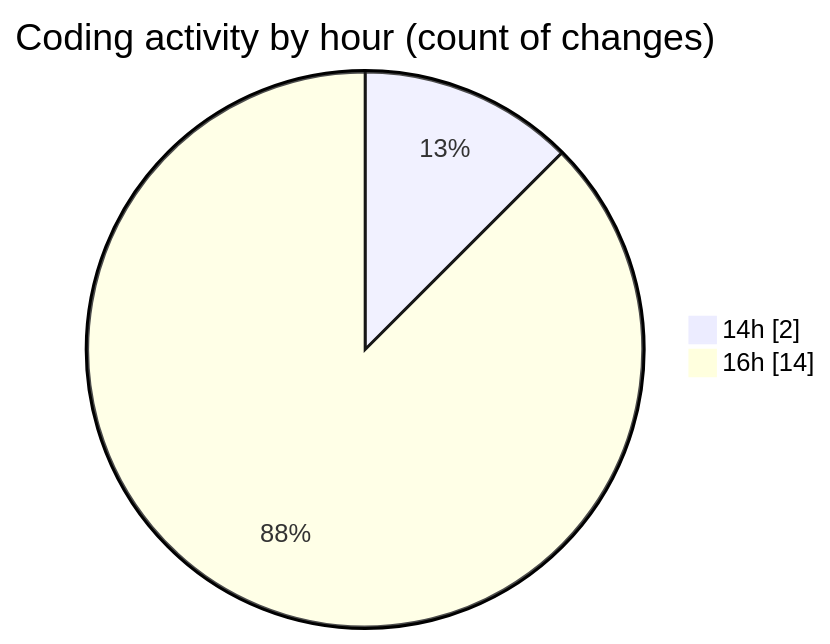
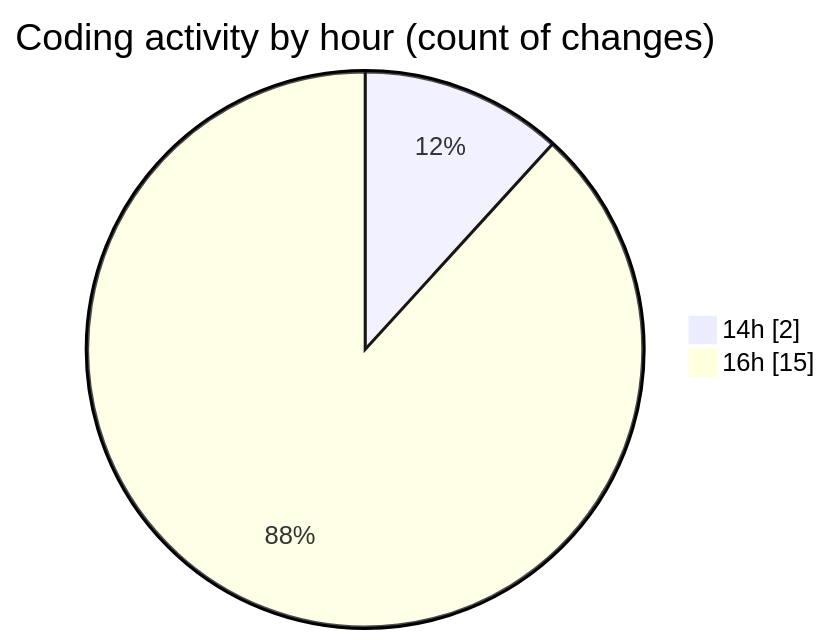
The second of 2 diagrams in 2026-01-05/budget_front_nest/README.md (igalym/code-tracking), drawn with Mermaid before and after one commit. The commit also changed other lines of this file and 1 other file, not shown here.

````diff
--- a/2026-01-05/budget_front_nest/README.md
+++ b/2026-01-05/budget_front_nest/README.md
@@ -34,6 +34,6 @@
 ```mermaid
 pie showData
 title Coding activity by hour (count of changes)
 "14h" : 2
-"16h" : 14
+"16h" : 15
 ```
````
